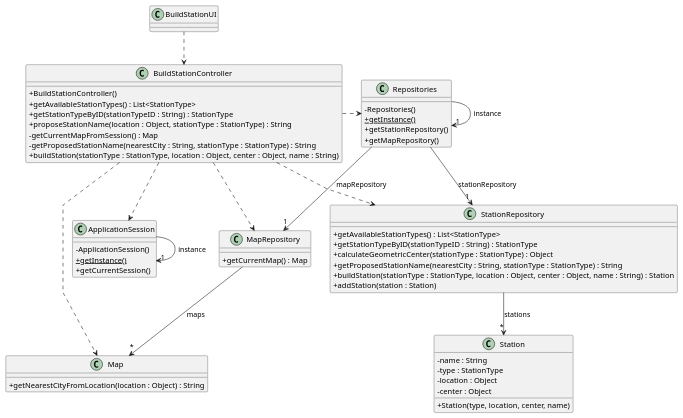
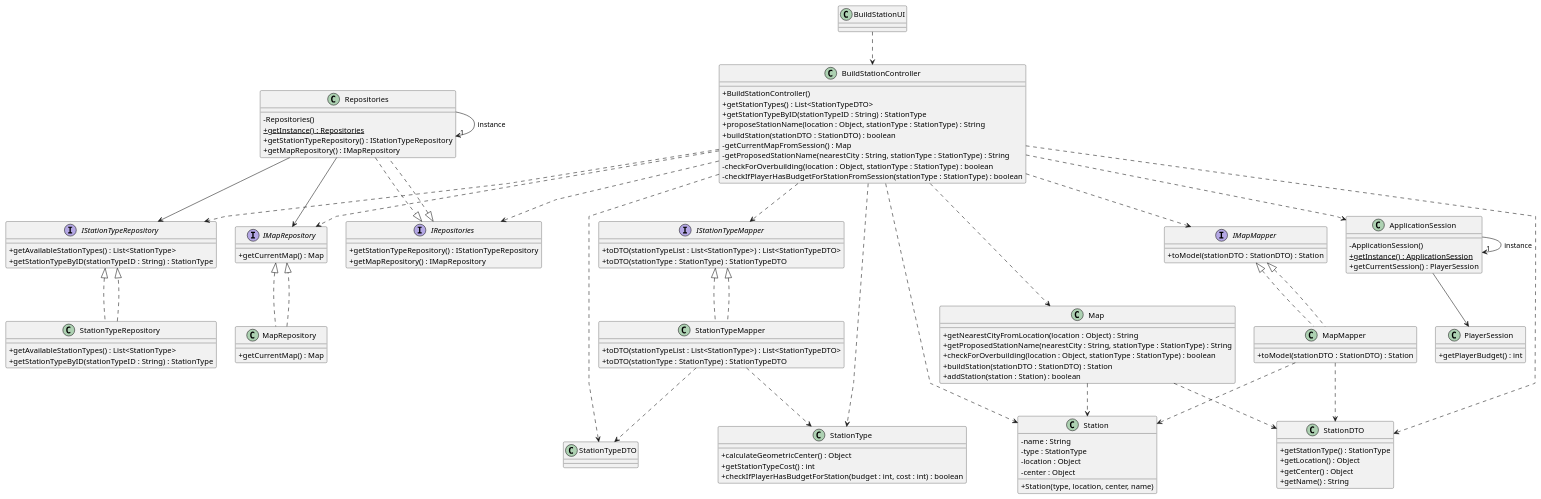
One commit to Educ00/mdisc-2425 changed the diagram in docs/system-documentation/sprint 3/US05/03.design/puml/US05-CD.puml. Above: the diagram before and after it, drawn with PlantUML. The commit also changed 4 other files, not shown here.

Commit message:
US05 design completed. Updated the SD and CD to use Polymorphism and Protected Variation on the CD. Applied the DTOs on the SD. Built the rationale, to then apply all of this on the diagrams.

```diff
--- a/docs/system-documentation/sprint 3/US05/03.design/puml/US05-CD.puml
+++ b/docs/system-documentation/sprint 3/US05/03.design/puml/US05-CD.puml
@@ -1,71 +1,136 @@
 @startuml
-skinparam packageStyle rectangle
-skinparam shadowing false
-skinparam linetype polyline
-skinparam classAttributeIconSize 0
+        skinparam packageStyle rectangle
+        skinparam shadowing false
+        skinparam linetype polyline
+        skinparam classAttributeIconSize 0
 
-class BuildStationUI {
-}
+        class BuildStationUI {
+        }
 
-class BuildStationController {
-    + BuildStationController()
-    + getAvailableStationTypes() : List<StationType>
-    + getStationTypeByID(stationTypeID : String) : StationType
-    + proposeStationName(location : Object, stationType : StationType) : String
-    - getCurrentMapFromSession() : Map
-    - getProposedStationName(nearestCity : String, stationType : StationType) : String
-    + buildStation(stationType : StationType, location : Object, center : Object, name : String)
-}
+        class BuildStationController {
+            + BuildStationController()
+            + getStationTypes() : List<StationTypeDTO>
+            + getStationTypeByID(stationTypeID : String) : StationType
+            + proposeStationName(location : Object, stationType : StationType) : String
+            + buildStation(stationDTO : StationDTO) : boolean
+            - getCurrentMapFromSession() : Map
+            - getProposedStationName(nearestCity : String, stationType : StationType) : String
+            - checkForOverbuilding(location : Object, stationType : StationType) : boolean
+            - checkIfPlayerHasBudgetForStationFromSession(stationType : StationType) : boolean
+        }
 
-class Repositories {
-    - Repositories()
-    + {static} getInstance()
-    + getStationRepository()
-    + getMapRepository()
-}
+        interface IRepositories {
+            + getStationTypeRepository() : IStationTypeRepository
+            + getMapRepository() : IMapRepository
+        }
+        class Repositories implements IRepositories {
+            - Repositories()
+            + {static} getInstance() : Repositories
+            + getStationTypeRepository() : IStationTypeRepository
+            + getMapRepository() : IMapRepository
+        }
 
-class StationRepository {
-    + getAvailableStationTypes() : List<StationType>
-    + getStationTypeByID(stationTypeID : String) : StationType
-    + calculateGeometricCenter(stationType : StationType) : Object
-    + getProposedStationName(nearestCity : String, stationType : StationType) : String
-    + buildStation(stationType : StationType, location : Object, center : Object, name : String) : Station
-    + addStation(station : Station)
-}
+        interface IStationTypeRepository {
+            + getAvailableStationTypes() : List<StationType>
+            + getStationTypeByID(stationTypeID : String) : StationType
+        }
+        class StationTypeRepository implements IStationTypeRepository {
+            + getAvailableStationTypes() : List<StationType>
+            + getStationTypeByID(stationTypeID : String) : StationType
+        }
 
-class MapRepository {
-    + getCurrentMap() : Map
-}
+        interface IMapRepository {
+            + getCurrentMap() : Map
+        }
+        class MapRepository implements IMapRepository {
+            + getCurrentMap() : Map
+        }
 
-class Map {
-    + getNearestCityFromLocation(location : Object) : String
-}
+        class ApplicationSession {
+            - ApplicationSession()
+            + {static} getInstance() : ApplicationSession
+            + getCurrentSession() : PlayerSession
+        }
+        class PlayerSession {
+            + getPlayerBudget() : int
+        }
 
-class Station {
-    - name : String
-    - type : StationType
-    - location : Object
-    - center : Object
-    + Station(type, location, center, name)
-}
+        class StationType {
+            + calculateGeometricCenter() : Object
+            + getStationTypeCost() : int
+            + checkIfPlayerHasBudgetForStation(budget : int, cost : int) : boolean
+        }
 
-class ApplicationSession {
-    - ApplicationSession()
-    + {static} getInstance()
-    + getCurrentSession()
-}
+        class Map {
+            + getNearestCityFromLocation(location : Object) : String
+            + getProposedStationName(nearestCity : String, stationType : StationType) : String
+            + checkForOverbuilding(location : Object, stationType : StationType) : boolean
+            + buildStation(stationDTO : StationDTO) : Station
+            + addStation(station : Station) : boolean
+        }
 
-BuildStationUI ..> BuildStationController
-BuildStationController .> Repositories
-Repositories -> "1" Repositories : instance
-Repositories --> "1" StationRepository : stationRepository
-Repositories --> "1" MapRepository : mapRepository
-BuildStationController ..> StationRepository
-BuildStationController ..> MapRepository
-BuildStationController ..> Map
-BuildStationController ..> ApplicationSession
-StationRepository --> "*" Station : stations
-MapRepository --> "*" Map : maps
-ApplicationSession -> "1" ApplicationSession : instance
+        class Station {
+            - name : String
+            - type : StationType
+            - location : Object
+            - center : Object
+            + Station(type, location, center, name)
+        }
 
-@enduml
+        interface IStationTypeMapper {
+            + toDTO(stationTypeList : List<StationType>) : List<StationTypeDTO>
+            + toDTO(stationType : StationType) : StationTypeDTO
+        }
+        class StationTypeMapper implements IStationTypeMapper {
+            + toDTO(stationTypeList : List<StationType>) : List<StationTypeDTO>
+            + toDTO(stationType : StationType) : StationTypeDTO
+        }
+
+        interface IMapMapper {
+            + toModel(stationDTO : StationDTO) : Station
+        }
+        class MapMapper implements IMapMapper {
+            + toModel(stationDTO : StationDTO) : Station
+        }
+
+        class StationTypeDTO {
+        }
+
+        class StationDTO {
+            + getStationType() : StationType
+            + getLocation() : Object
+            + getCenter() : Object
+            + getName() : String
+        }
+
+        BuildStationUI ..> BuildStationController
+        BuildStationController ..> IRepositories
+        Repositories ..|> IRepositories
+        Repositories --> IStationTypeRepository
+        Repositories --> IMapRepository
+        StationTypeRepository ..|> IStationTypeRepository
+        MapRepository ..|> IMapRepository
+        BuildStationController ..> IStationTypeRepository
+        BuildStationController ..> IMapRepository
+        BuildStationController ..> ApplicationSession
+        BuildStationController ..> IStationTypeMapper
+        BuildStationController ..> IMapMapper
+        ApplicationSession --> PlayerSession
+        BuildStationController ..> StationType
+        BuildStationController ..> StationDTO
+        BuildStationController ..> StationTypeDTO
+        BuildStationController ..> Map
+        BuildStationController ..> Station
+        IStationTypeMapper <|.. StationTypeMapper
+        IMapMapper <|.. MapMapper
+        MapMapper ..> StationDTO
+        MapMapper ..> Station
+        StationTypeMapper ..> StationType
+        StationTypeMapper ..> StationTypeDTO
+        Map ..> Station
+        Map ..> StationDTO
+
+        Repositories -> "1" Repositories : instance
+        ApplicationSession -> "1" ApplicationSession : instance
+
+        @enduml
```
